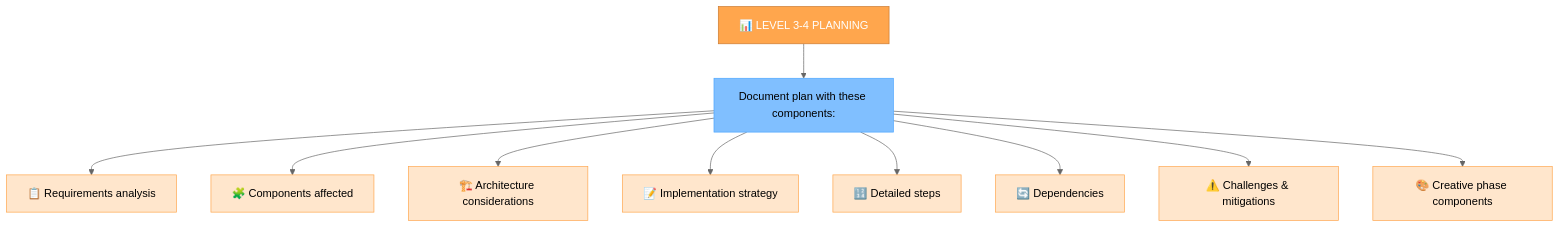
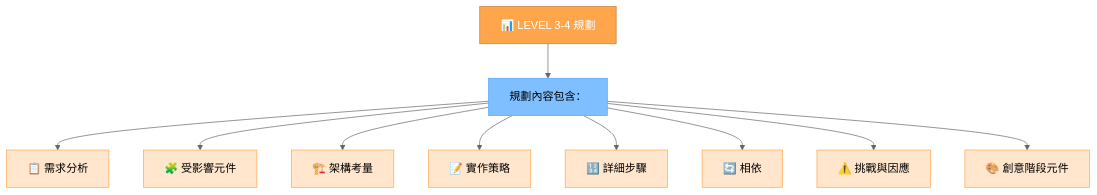
Before and after one commit to chenjackle45/cursor-memory-bank-chinese: the third of 5 diagrams in 中文化/custom_modes/plan_instructions.md, drawn with Mermaid (neutral theme). The commit also changed other lines of this file and 5 other files, not shown here.

Commit message:
Translate and update documentation for Reflect+Archive and VAN modes to enhance clarity and accessibility for users. Adjusted flowcharts and verification checklists to reflect changes in the development process.

````diff
--- a/中文化/custom_modes/plan_instructions.md
+++ b/中文化/custom_modes/plan_instructions.md
@@ -160,23 +166,23 @@
 ```mermaid
 graph TD
-    L34["📊 LEVEL 3-4 PLANNING"] --> Doc["Document plan with these components:"]
-    Doc --> RA["📋 Requirements analysis"]
-    Doc --> CA["🧩 Components affected"]
-    Doc --> AC["🏗️ Architecture considerations"]
-    Doc --> IS["📝 Implementation strategy"]
-    Doc --> DS["🔢 Detailed steps"]
-    Doc --> DP["🔄 Dependencies"]
-    Doc --> CM["⚠️ Challenges & mitigations"]
-    Doc --> CP["🎨 Creative phase components"]
-    
+    L34["📊 LEVEL 3-4 規劃"] --> Doc["規劃內容包含："]
+    Doc --> RA["📋 需求分析"]
+    Doc --> CA["🧩 受影響元件"]
+    Doc --> AC["🏗️ 架構考量"]
+    Doc --> IS["📝 實作策略"]
+    Doc --> DS["🔢 詳細步驟"]
+    Doc --> DP["🔄 相依"]
+    Doc --> CM["⚠️ 挑戰與因應"]
+    Doc --> CP["🎨 創意階段元件"]
+
     style L34 fill:#ffa64d,stroke:#cc7a30,color:white
     style Doc fill:#80bfff,stroke:#4da6ff,color:black
     style RA fill:#ffe6cc,stroke:#ffa64d,color:black
     style CA fill:#ffe6cc,stroke:#ffa64d,color:black
     style AC fill:#ffe6cc,stroke:#ffa64d,color:black
     style IS fill:#ffe6cc,stroke:#ffa64d,color:black
     style DS fill:#ffe6cc,stroke:#ffa64d,color:black
     style DP fill:#ffe6cc,stroke:#ffa64d,color:black
     style CM fill:#ffe6cc,stroke:#ffa64d,color:black
     style CP fill:#ffe6cc,stroke:#ffa64d,color:black
 ```
````
